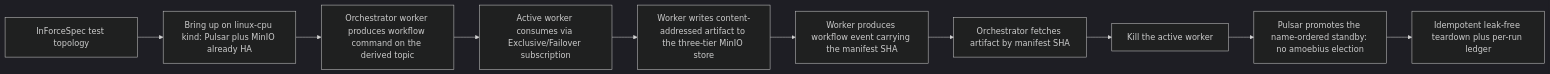
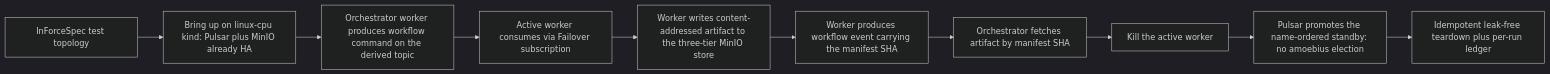
One commit to Tuee22/amoebius changed the diagram in DEVELOPMENT_PLAN/phase_23_content_store_workflow.md. Above: the diagram before and after it, drawn with Mermaid (dark theme). The commit also changed other lines of this file and 86 other files, not shown here.

````diff
--- a/DEVELOPMENT_PLAN/phase_23_content_store_workflow.md
+++ b/DEVELOPMENT_PLAN/phase_23_content_store_workflow.md
@@ -65,12 +67,12 @@
 ```mermaid
 flowchart LR
   dhall[InForceSpec test topology] --> up[Bring up on linux-cpu kind: Pulsar plus MinIO already HA]
   up --> produce[Orchestrator worker produces workflow command on the derived topic]
-  produce --> worker[Active worker consumes via Exclusive/Failover subscription]
+  produce --> worker[Active worker consumes via Failover subscription]
   worker --> store[Worker writes content-addressed artifact to the three-tier MinIO store]
   store --> event[Worker produces workflow event carrying the manifest SHA]
   event --> fetch[Orchestrator fetches artifact by manifest SHA]
   fetch --> kill[Kill the active worker]
   kill --> failover[Pulsar promotes the name-ordered standby: no amoebius election]
   failover --> teardown[Idempotent leak-free teardown plus per-run ledger]
 ```
````
